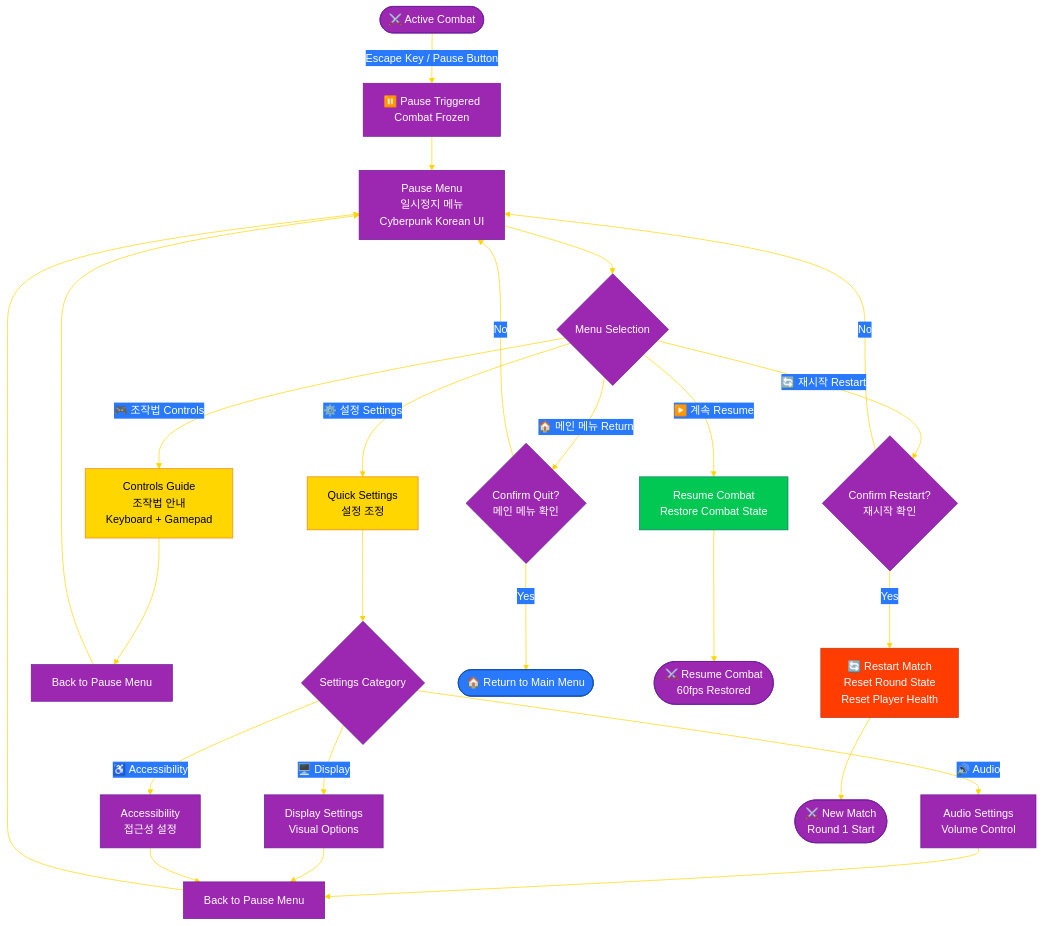
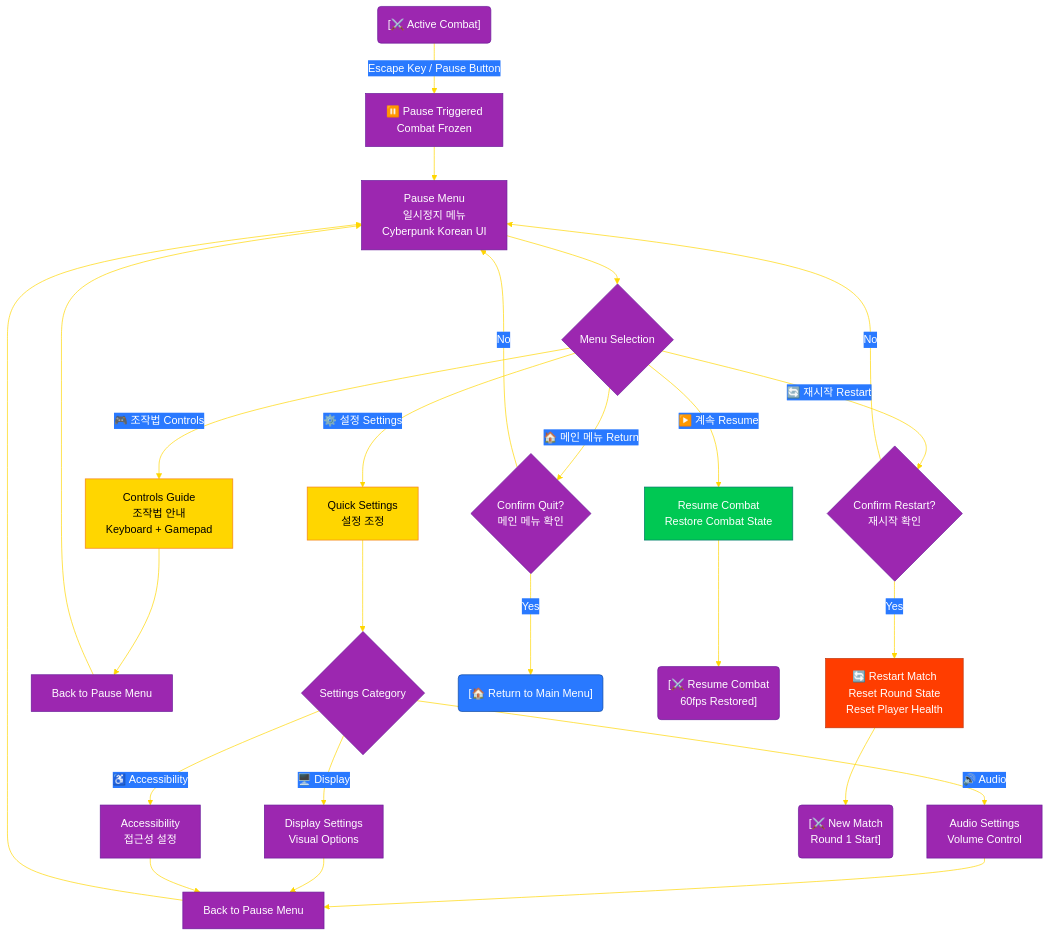
One commit to Hack23/blacktrigram changed the third of 11 diagrams in FLOWCHART.md. Above: the diagram before and after it, drawn with Mermaid. The commit also changed other lines of this file and 19 other files, not shown here.

Commit message:
docs(mermaid): quote emoji labels in 19 files and add style warning to validator

````diff
--- a/FLOWCHART.md
+++ b/FLOWCHART.md
@@ -187,44 +187,44 @@
 ```mermaid
 %%{init: {'theme':'base', 'themeVariables': {'primaryColor':'#9C27B0','primaryTextColor':'#fff','primaryBorderColor':'#6A1B9A','lineColor':'#FFD600','secondaryColor':'#2979FF','tertiaryColor':'#FF3D00'}}}%%
 flowchart TD
-    Combat([⚔️ Active Combat]) -->|Escape Key / Pause Button| PauseTriggered[⏸️ Pause Triggered<br/>Combat Frozen]
+    Combat("[⚔️ Active Combat]") -->|Escape Key / Pause Button| PauseTriggered["⏸️ Pause Triggered<br/>Combat Frozen"]
 
     PauseTriggered --> PauseMenu[Pause Menu<br/>일시정지 메뉴<br/>Cyberpunk Korean UI]
 
     PauseMenu --> MenuItem{Menu Selection}
 
     MenuItem -->|▶️ 계속 Resume| Resume[Resume Combat<br/>Restore Combat State]
     MenuItem -->|🔄 재시작 Restart| ConfirmRestart{Confirm Restart?<br/>재시작 확인}
     MenuItem -->|🎮 조작법 Controls| ControlsGuide[Controls Guide<br/>조작법 안내<br/>Keyboard + Gamepad]
     MenuItem -->|⚙️ 설정 Settings| QuickSettings[Quick Settings<br/>설정 조정]
     MenuItem -->|🏠 메인 메뉴 Return| ConfirmQuit{Confirm Quit?<br/>메인 메뉴 확인}
 
-    ConfirmRestart -->|Yes| RestartMatch[🔄 Restart Match<br/>Reset Round State<br/>Reset Player Health]
+    ConfirmRestart -->|Yes| RestartMatch["🔄 Restart Match<br/>Reset Round State<br/>Reset Player Health"]
     ConfirmRestart -->|No| PauseMenu
 
     ControlsGuide --> BackToPause1[Back to Pause Menu]
     BackToPause1 --> PauseMenu
 
     QuickSettings --> SettingsOptions{Settings Category}
     SettingsOptions -->|🔊 Audio| AudioSettings[Audio Settings<br/>Volume Control]
     SettingsOptions -->|🖥️ Display| DisplaySettings[Display Settings<br/>Visual Options]
     SettingsOptions -->|♿ Accessibility| AccessSettings[Accessibility<br/>접근성 설정]
     AudioSettings --> BackToPause2[Back to Pause Menu]
     DisplaySettings --> BackToPause2
     AccessSettings --> BackToPause2
     BackToPause2 --> PauseMenu
 
-    ConfirmQuit -->|Yes| MainMenu([🏠 Return to Main Menu])
+    ConfirmQuit -->|Yes| MainMenu("[🏠 Return to Main Menu]")
     ConfirmQuit -->|No| PauseMenu
 
-    Resume --> Combat2([⚔️ Resume Combat<br/>60fps Restored])
-    RestartMatch --> Combat3([⚔️ New Match<br/>Round 1 Start])
+    Resume --> Combat2("[⚔️ Resume Combat<br/>60fps Restored]")
+    RestartMatch --> Combat3("[⚔️ New Match<br/>Round 1 Start]")
 
     style PauseTriggered fill:#9C27B0,stroke:#6A1B9A,color:#fff
     style PauseMenu fill:#9C27B0,stroke:#6A1B9A,color:#fff
     style Resume fill:#00C853,stroke:#00796B,color:#fff
     style MainMenu fill:#2979FF,stroke:#0D47A1,color:#fff
     style ControlsGuide fill:#FFD600,stroke:#F57F17,color:#000
     style QuickSettings fill:#FFD600,stroke:#F57F17,color:#000
     style RestartMatch fill:#FF3D00,stroke:#BF360C,color:#fff
 ```
````
